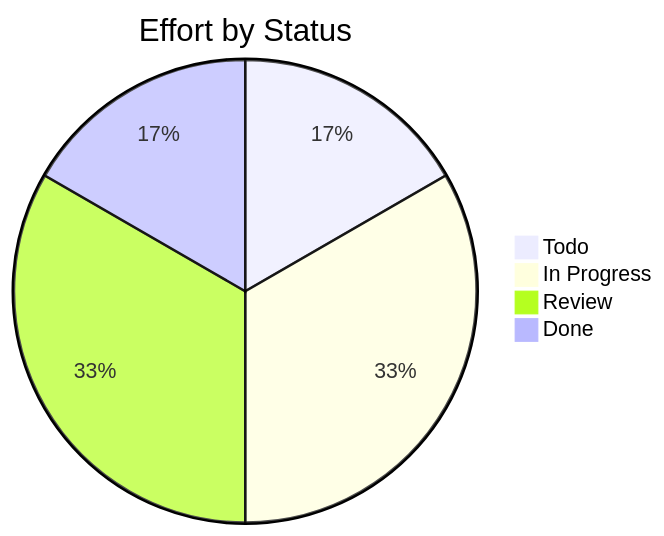
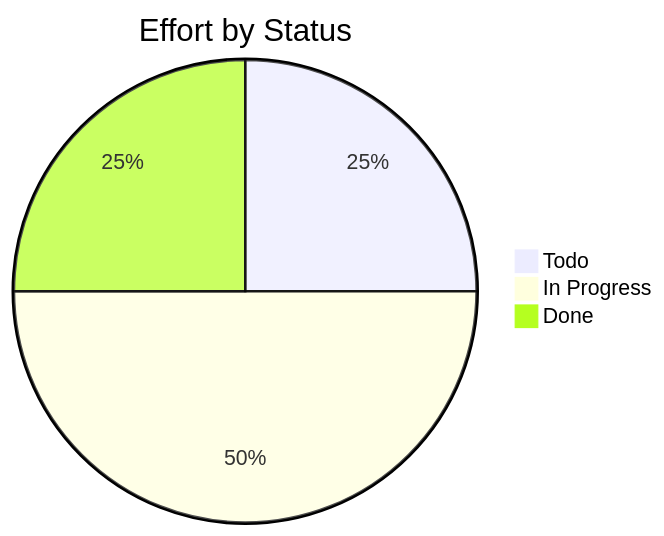
One commit to Katty-Fashion/kf-cpto changed the third of 3 diagrams in docs/_projects/Aladin-01.md. Above: the diagram before and after it, drawn with Mermaid. The commit also changed other lines of this file and 5 other files, not shown here.

````diff
--- a/docs/_projects/Aladin-01.md
+++ b/docs/_projects/Aladin-01.md
@@ -80,7 +77,6 @@
 ```mermaid
 pie title Effort by Status
     "Todo" : 1.0
     "In Progress" : 2.0
-    "Review" : 2.0
     "Done" : 1.0
 ```
````
